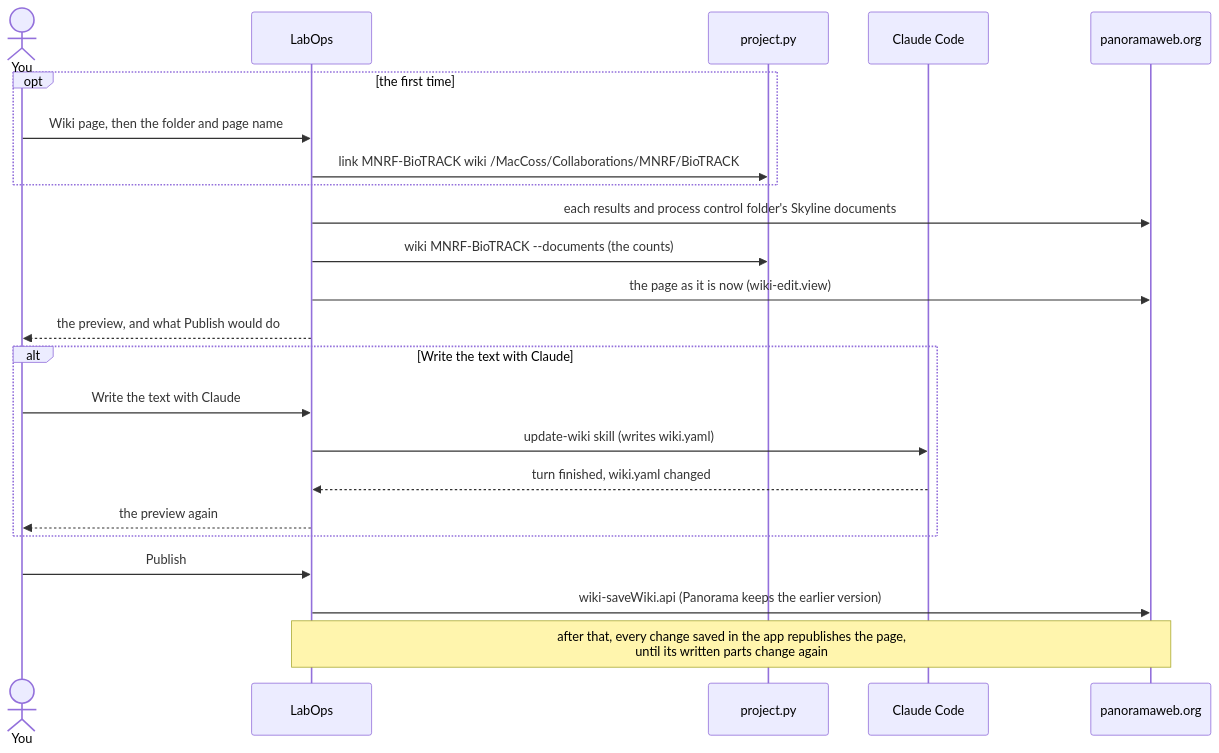
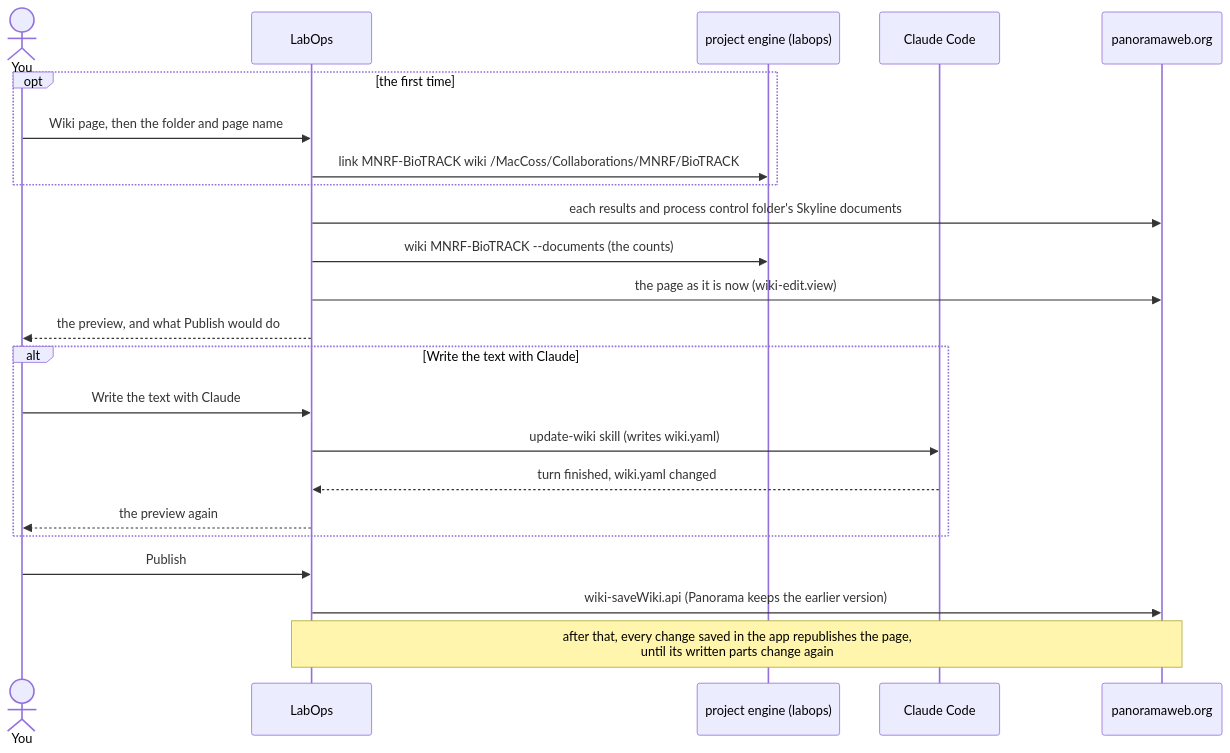
Before and after one commit to uw-maccosslab/LabOps: the ninth of 9 diagrams in docs/flows.md, drawn with Mermaid. The commit also changed other lines of this file and 11 other files, not shown here.

First line of the commit message:
Remove the LABOPS_PROJECT_ENGINE=python fallback

````diff
--- a/docs/flows.md
+++ b/docs/flows.md
@@ -290,26 +290,26 @@
 ```mermaid
 sequenceDiagram
     actor You
     participant App as LabOps
-    participant Engine as project.py
+    participant Engine as project engine (labops)
     participant Claude as Claude Code
     participant Panorama as panoramaweb.org
 
     opt the first time
         You->>App: Wiki page, then the folder and page name
         App->>Engine: link MNRF-BioTRACK wiki /MacCoss/Collaborations/MNRF/BioTRACK
     end
     App->>Panorama: each results and process control folder's Skyline documents
     App->>Engine: wiki MNRF-BioTRACK --documents (the counts)
     App->>Panorama: the page as it is now (wiki-edit.view)
     App-->>You: the preview, and what Publish would do
     alt Write the text with Claude
         You->>App: Write the text with Claude
         App->>Claude: update-wiki skill (writes wiki.yaml)
         Claude-->>App: turn finished, wiki.yaml changed
         App-->>You: the preview again
     end
     You->>App: Publish
     App->>Panorama: wiki-saveWiki.api (Panorama keeps the earlier version)
     Note over App,Panorama: after that, every change saved in the app republishes the page,<br/>until its written parts change again
 ```
````
